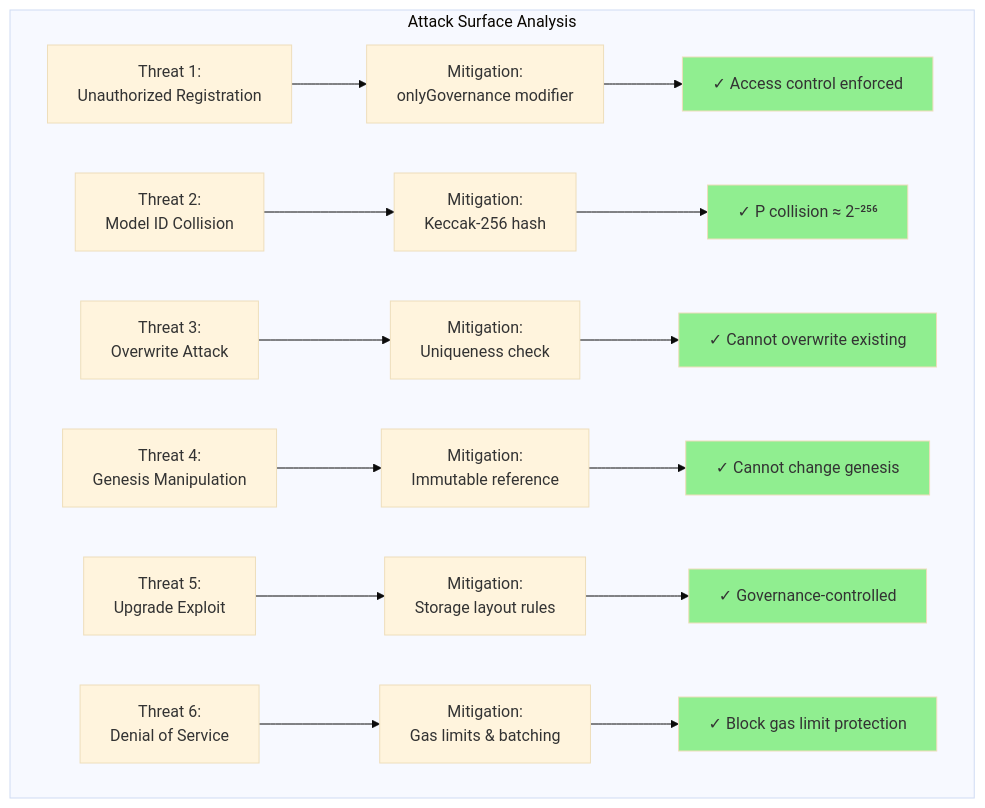
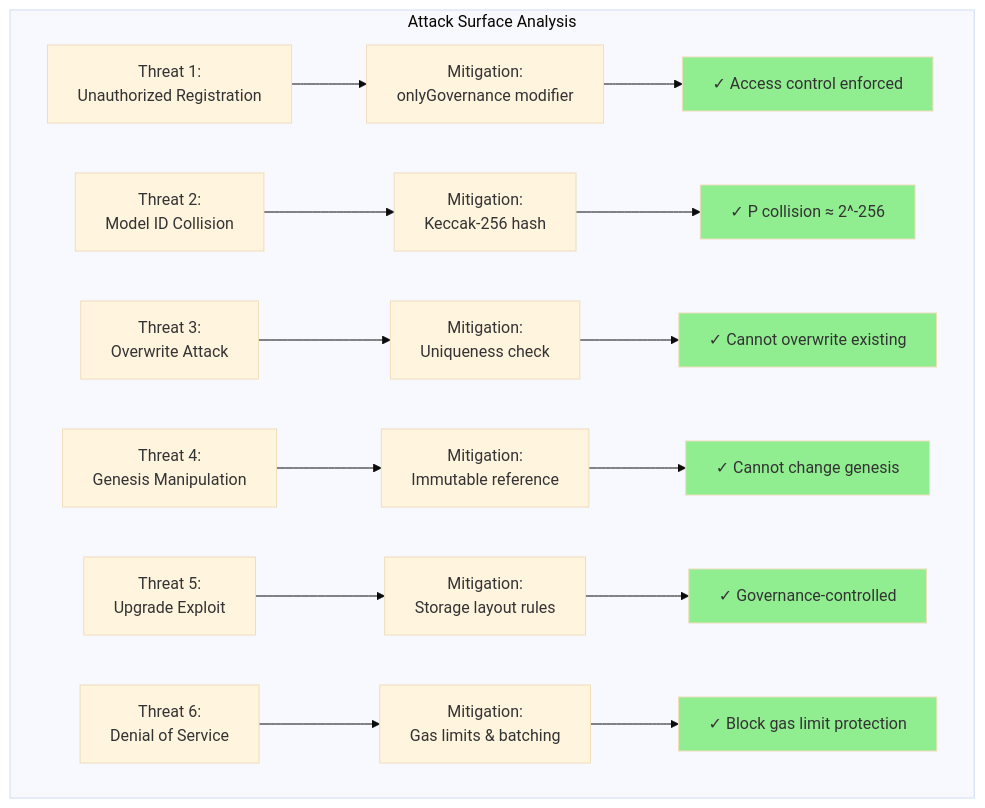
Before and after one commit to Artifact-Virtual/arc_ecosystem: diagram 37 of 48 in docs/research/05_REGISTRY.md, drawn with Mermaid (base theme).

Commit message:
fix: Use consistent LaTeX-style superscript notation

````diff
--- a/docs/research/05_REGISTRY.md
+++ b/docs/research/05_REGISTRY.md
@@ -2135,25 +2135,25 @@
 ```mermaid
 graph TB
     subgraph "Attack Surface Analysis"
         T1[Threat 1:<br/>Unauthorized Registration] --> M1[Mitigation:<br/>onlyGovernance modifier]
         T2[Threat 2:<br/>Model ID Collision] --> M2[Mitigation:<br/>Keccak-256 hash]
         T3[Threat 3:<br/>Overwrite Attack] --> M3[Mitigation:<br/>Uniqueness check]
         T4[Threat 4:<br/>Genesis Manipulation] --> M4[Mitigation:<br/>Immutable reference]
         T5[Threat 5:<br/>Upgrade Exploit] --> M5[Mitigation:<br/>Storage layout rules]
         T6[Threat 6:<br/>Denial of Service] --> M6[Mitigation:<br/>Gas limits & batching]
         
         M1 --> S1[✓ Access control enforced]
-        M2 --> S2[✓ P collision ≈ 2⁻²⁵⁶]
+        M2 --> S2[✓ P collision ≈ 2^-256]
         M3 --> S3[✓ Cannot overwrite existing]
         M4 --> S4[✓ Cannot change genesis]
         M5 --> S5[✓ Governance-controlled]
         M6 --> S6[✓ Block gas limit protection]
         
         style S1 fill:#90EE90
         style S2 fill:#90EE90
         style S3 fill:#90EE90
         style S4 fill:#90EE90
         style S5 fill:#90EE90
         style S6 fill:#90EE90
     end
 ```
````
